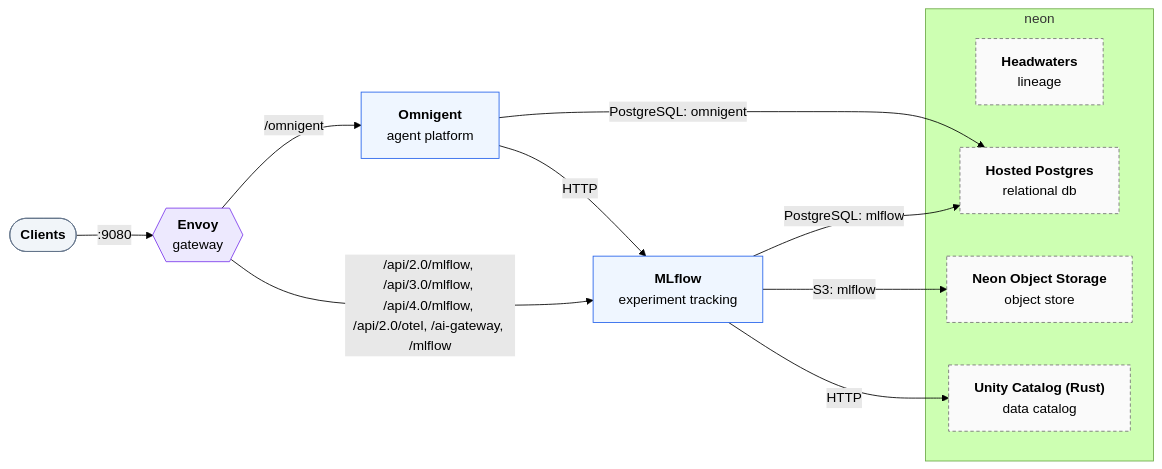
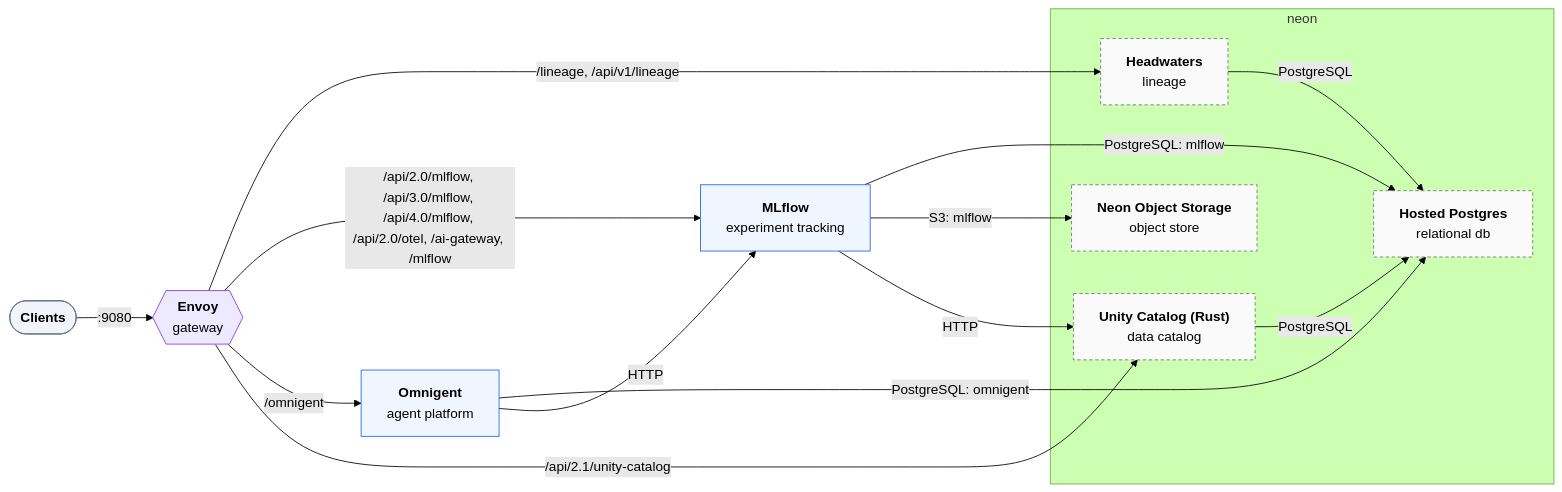
One commit to open-lakehouse/trestle changed the diagram in test/expected/neon-hybrid/README.md. Above: the diagram before and after it, drawn with Mermaid (forest theme). The commit also changed 15 other files, not shown here.

````diff
--- a/test/expected/neon-hybrid/README.md
+++ b/test/expected/neon-hybrid/README.md
@@ -9,25 +9,29 @@
 ```mermaid
 flowchart LR
     n0(["<b>Clients</b>"]):::clients
     n1{{"<b>Envoy</b><br/>gateway"}}:::gateway
     n5["<b>MLflow</b><br/>experiment tracking"]:::component
     n6["<b>Omnigent</b><br/>agent platform"]:::component
     subgraph cloud0["neon"]
         n2["<b>Headwaters</b><br/>lineage"]:::external
         n3["<b>Hosted Postgres</b><br/>relational db"]:::external
         n4["<b>Neon Object Storage</b><br/>object store"]:::external
         n7["<b>Unity Catalog (Rust)</b><br/>data catalog"]:::external
     end
     n0 -->|":9080"| n1
+    n1 -->|"/lineage, /api/v1/lineage"| n2
     n1 -->|"/api/2.0/mlflow, /api/3.0/mlflow, /api/4.0/mlflow, /api/2.0/otel, /ai-gateway, /mlflow"| n5
     n1 -->|"/omnigent"| n6
+    n1 -->|"/api/2.1/unity-catalog"| n7
     n5 -->|"PostgreSQL: mlflow"| n3
     n5 -->|"S3: mlflow"| n4
     n6 -->|"PostgreSQL: omnigent"| n3
     n5 -->|"HTTP"| n7
     n6 -->|"HTTP"| n5
+    n2 -->|"PostgreSQL"| n3
+    n7 -->|"PostgreSQL"| n3
     classDef clients fill:#f1f5f9,stroke:#64748b
     classDef gateway fill:#ede9fe,stroke:#7c3aed
     classDef component fill:#eff6ff,stroke:#2563eb
     classDef external fill:#fafafa,stroke:#737373,stroke-dasharray: 4 3
 ```
````
